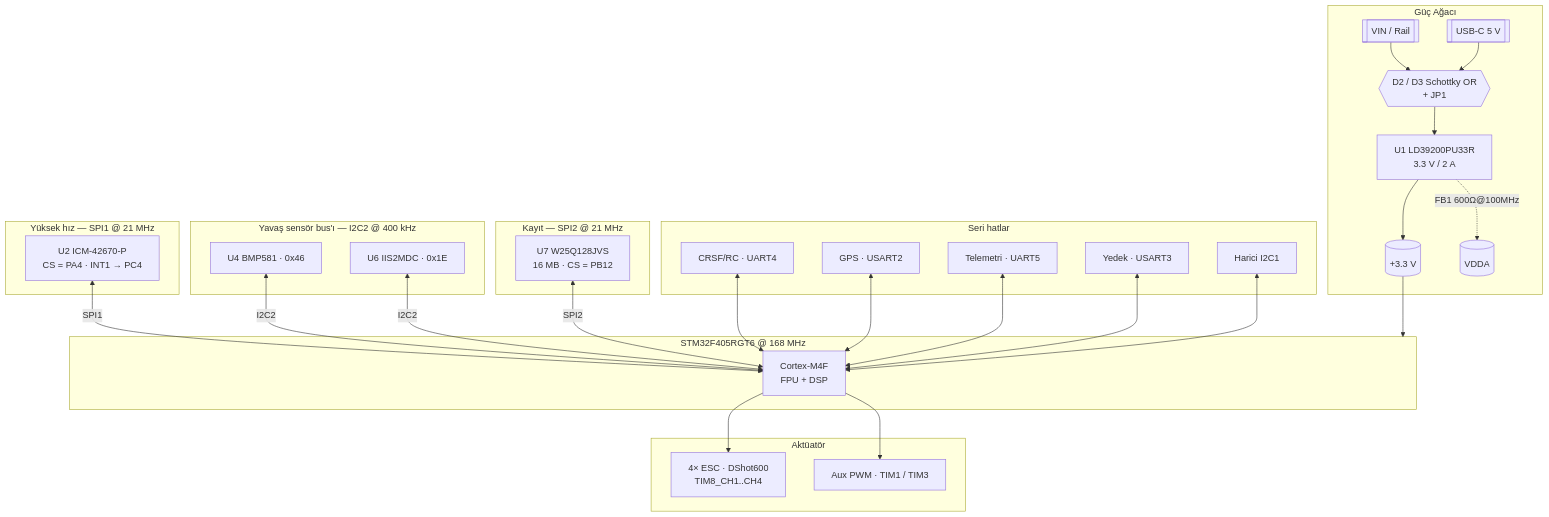
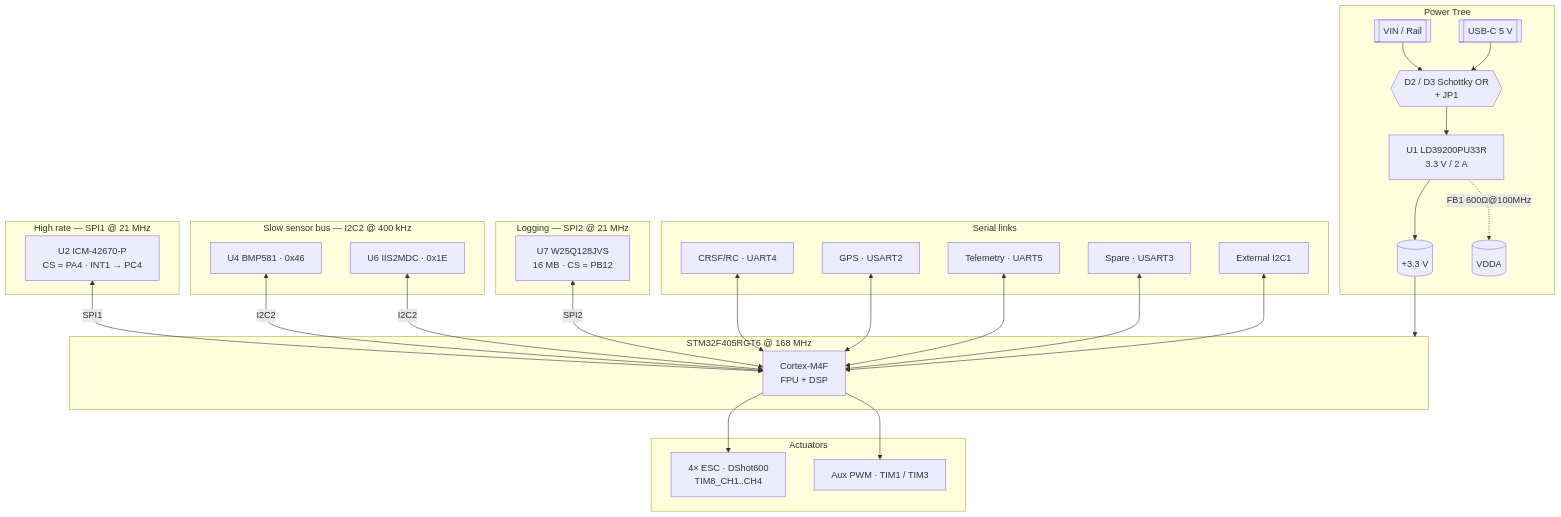
The diagram in README.md (ErdemHtyl/Tulpar_Mini), drawn with Mermaid before and after one commit. The commit also changed other lines of this file, not shown here.

````diff
--- a/README.md
+++ b/README.md
@@ -102,57 +104,57 @@
 ```mermaid
 flowchart TB
-    subgraph PWR["Güç Ağacı"]
+    subgraph PWR["Power Tree"]
         XT[["VIN / Rail"]]
         USB5[["USB-C 5 V"]]
         OR{{"D2 / D3 Schottky OR<br/>+ JP1"}}
         LDO["U1 LD39200PU33R<br/>3.3 V / 2 A"]
         XT --> OR
         USB5 --> OR
         OR --> LDO
         LDO --> V33[("+3.3 V")]
         LDO -. "FB1 600Ω@100MHz" .-> VDDA[("VDDA")]
     end
 
     subgraph MCU["STM32F405RGT6 @ 168 MHz"]
         CORE["Cortex-M4F<br/>FPU + DSP"]
     end
 
-    subgraph FAST["Yüksek hız — SPI1 @ 21 MHz"]
+    subgraph FAST["High rate — SPI1 @ 21 MHz"]
         IMU["U2 ICM-42670-P<br/>CS = PA4 · INT1 → PC4"]
     end
 
-    subgraph SLOW["Yavaş sensör bus'ı — I2C2 @ 400 kHz"]
+    subgraph SLOW["Slow sensor bus — I2C2 @ 400 kHz"]
         BARO["U4 BMP581 · 0x46"]
         MAG["U6 IIS2MDC · 0x1E"]
     end
 
-    subgraph LOG["Kayıt — SPI2 @ 21 MHz"]
+    subgraph LOG["Logging — SPI2 @ 21 MHz"]
         FLASH["U7 W25Q128JVS<br/>16 MB · CS = PB12"]
     end
 
-    subgraph ACT["Aktüatör"]
+    subgraph ACT["Actuators"]
         ESC["4× ESC · DShot600<br/>TIM8_CH1..CH4"]
         SERVO["Aux PWM · TIM1 / TIM3"]
     end
 
-    subgraph COMM["Seri hatlar"]
+    subgraph COMM["Serial links"]
         RC["CRSF/RC · UART4"]
         GPS["GPS · USART2"]
-        TLM["Telemetri · UART5"]
-        AUX["Yedek · USART3"]
-        EXTI2C["Harici I2C1"]
+        TLM["Telemetry · UART5"]
+        AUX["Spare · USART3"]
+        EXTI2C["External I2C1"]
     end
 
     V33 --> MCU
     IMU <-->|SPI1| CORE
     BARO <-->|I2C2| CORE
     MAG <-->|I2C2| CORE
     FLASH <-->|SPI2| CORE
     CORE --> ESC
     CORE --> SERVO
     RC <--> CORE
     GPS <--> CORE
     TLM <--> CORE
     AUX <--> CORE
     EXTI2C <--> CORE
 ```
````
